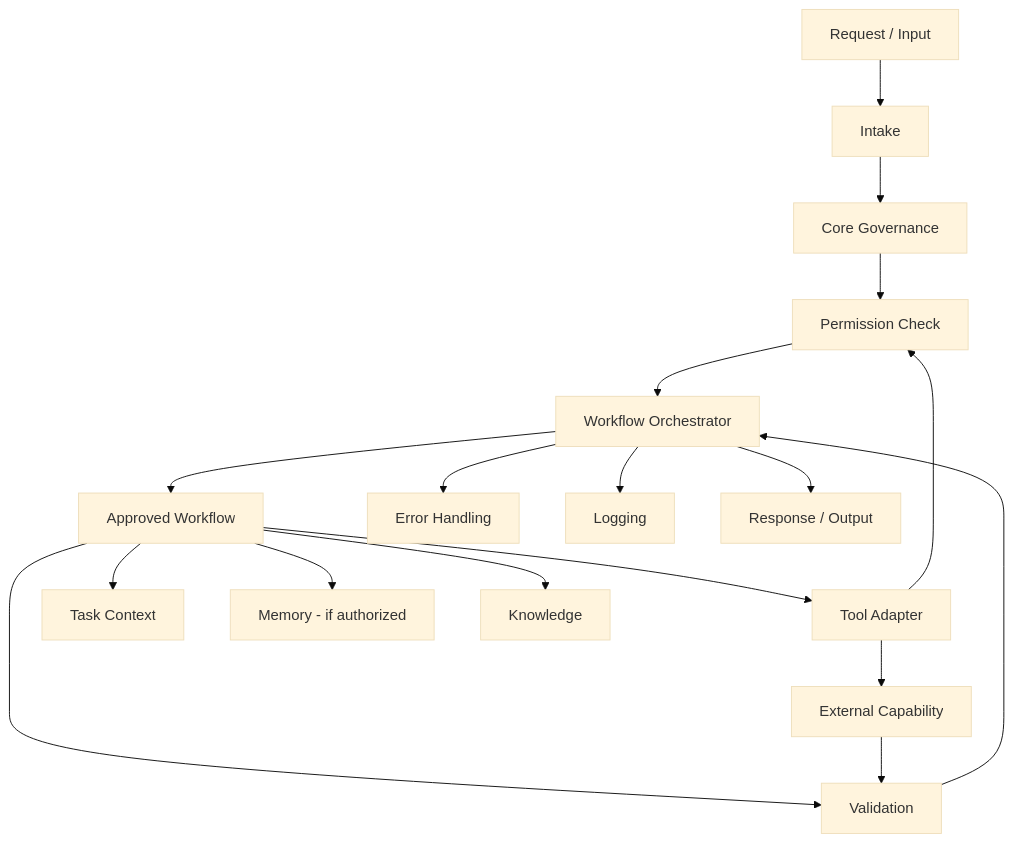
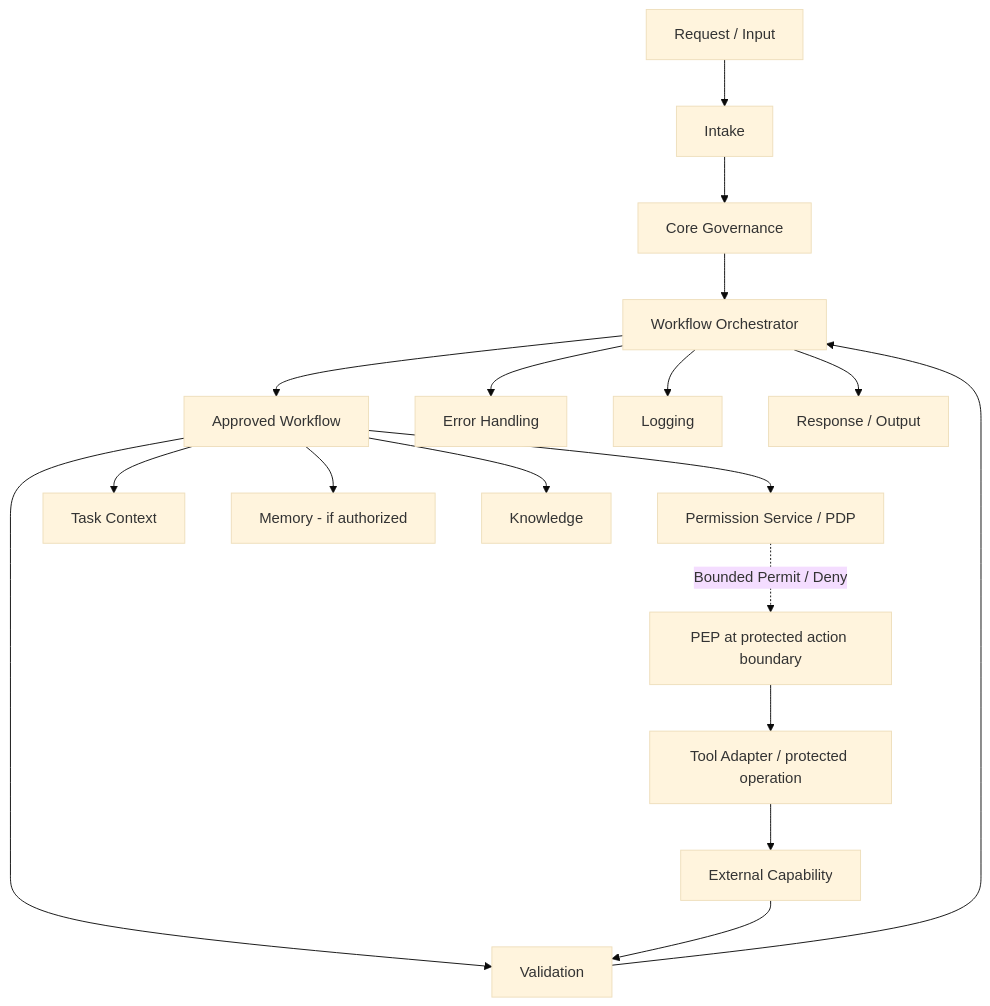
One commit to alexth110987/Agent-Foundation changed the diagram in docs/COMPONENT_MODEL.md. Above: the diagram before and after it, drawn with Mermaid (base theme). The commit also changed other lines of this file and 7 other files, not shown here.

First line of the commit message:
docs: resolve architecture consistency findings AR-01 to AR-04

````diff
--- a/docs/COMPONENT_MODEL.md
+++ b/docs/COMPONENT_MODEL.md
@@ -10,20 +10,20 @@
 ```mermaid
 flowchart TD
     U[Request / Input] --> I[Intake]
     I --> G[Core Governance]
-    G --> P[Permission Check]
-    P --> O[Workflow Orchestrator]
+    G --> O[Workflow Orchestrator]
     O --> W[Approved Workflow]
-    W --> TA[Tool Adapter]
-    TA --> P
+    W --> PDP[Permission Service / PDP]
+    PDP -. "Bounded Permit / Deny" .-> PEP[PEP at protected action boundary]
+    PEP --> TA[Tool Adapter / protected operation]
     TA --> X[External Capability]
     W --> C[Task Context]
     W --> M[Memory - if authorized]
     W --> K[Knowledge]
     W --> V[Validation]
     X --> V
     V --> O
     O --> E[Error Handling]
     O --> L[Logging]
     O --> R[Response / Output]
 ```
````
